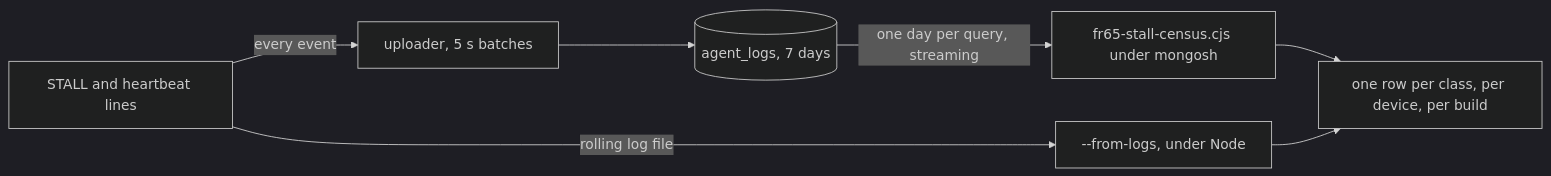
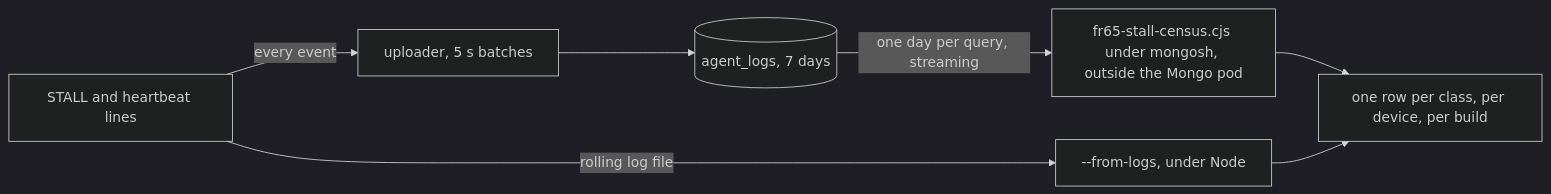
The third of 5 diagrams in docs/stall-watch.md (gjovanov/roomler-ai), drawn with Mermaid (dark theme) before and after one commit. The commit also changed other lines of this file and 16 other files, not shown here.

````diff
--- a/docs/stall-watch.md
+++ b/docs/stall-watch.md
@@ -309,9 +309,9 @@
 ```mermaid
 flowchart LR
   L[STALL and heartbeat lines] -->|every event| U[uploader, 5 s batches]
   U --> A[(agent_logs, 7 days)]
-  A -->|one day per query, streaming| C[fr65-stall-census.cjs under mongosh]
+  A -->|one day per query, streaming| C[fr65-stall-census.cjs under mongosh, outside the Mongo pod]
   L -->|rolling log file| F[--from-logs, under Node]
   C --> R[one row per class, per device, per build]
   F --> R
 ```
````
